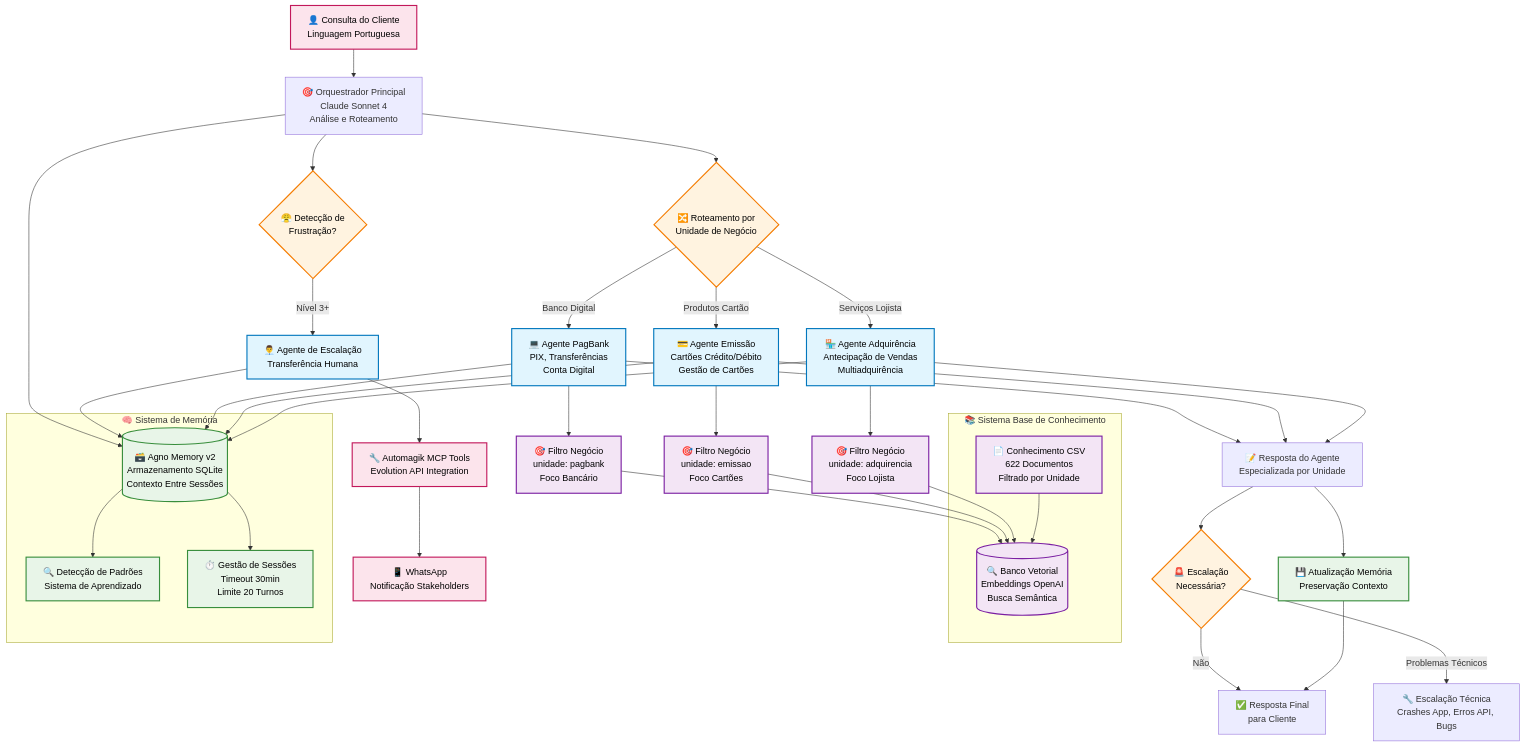
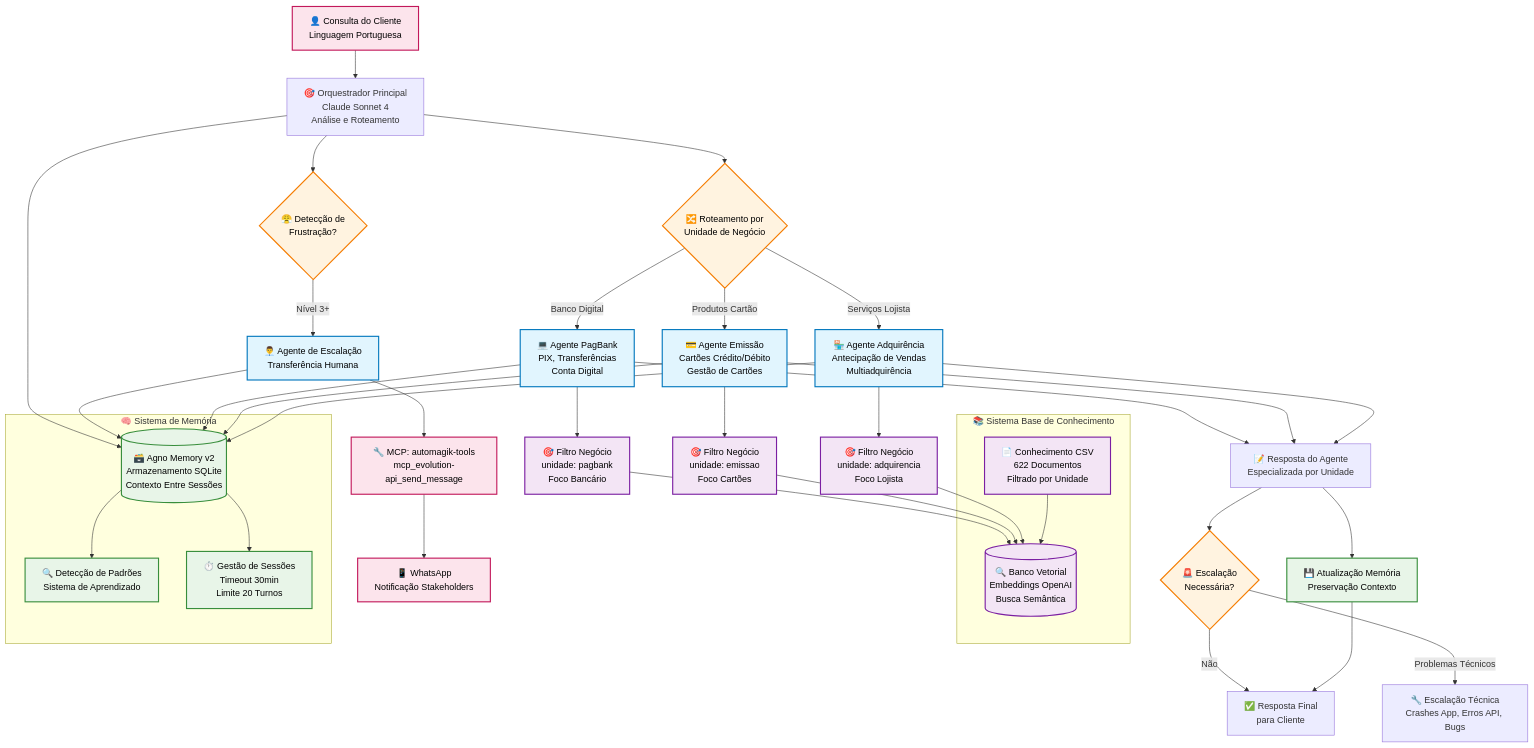
Before and after one commit to namastexlabs/automagik-hive: the diagram in README.md, drawn with Mermaid.

Commit message:
readme update

````diff
--- a/README.md
+++ b/README.md
@@ -9,82 +9,82 @@
 ```mermaid
 graph TB
     %% Ponto de Entrada do Cliente
     Customer[👤 Consulta do Cliente<br/>Linguagem Portuguesa] --> Orchestrator
 
     %% Orquestrador Principal
     Orchestrator[🎯 Orquestrador Principal<br/>Claude Sonnet 4<br/>Análise e Roteamento]
     
     %% Decisão de Roteamento
     Orchestrator --> Routing{🔀 Roteamento por<br/>Unidade de Negócio}
     
     %% Detecção de Escalação Humana
     Orchestrator --> HumanCheck{😤 Detecção de<br/>Frustração?}
     HumanCheck -->|Nível 3+| HumanAgent[👨‍💼 Agente de Escalação<br/>Transferência Humana]
-    HumanAgent --> McpTool[🔧 Automagik MCP Tools<br/>Evolution API Integration]
+    HumanAgent --> McpTool[🔧 MCP: automagik-tools<br/>mcp_evolution-api_send_message]
     McpTool --> WhatsApp[📱 WhatsApp<br/>Notificação Stakeholders]
     
     %% Agentes por Unidade de Negócio
     Routing -->|Serviços Lojista| AdquirenciaAgent[🏪 Agente Adquirência<br/>Antecipação de Vendas<br/>Multiadquirência]
     Routing -->|Produtos Cartão| EmissaoAgent[💳 Agente Emissão<br/>Cartões Crédito/Débito<br/>Gestão de Cartões]
     Routing -->|Banco Digital| PagBankAgent[💻 Agente PagBank<br/>PIX, Transferências<br/>Conta Digital]
     
     %% Sistema Base de Conhecimento
     subgraph Knowledge["📚 Sistema Base de Conhecimento"]
         CSV[📄 Conhecimento CSV<br/>622 Documentos<br/>Filtrado por Unidade]
         Vector[(🔍 Banco Vetorial<br/>Embeddings OpenAI<br/>Busca Semântica)]
         CSV --> Vector
     end
     
     %% Filtragem por Unidade
     AdquirenciaAgent --> Filter1[🎯 Filtro Negócio<br/>unidade: adquirencia<br/>Foco Lojista]
     EmissaoAgent --> Filter2[🎯 Filtro Negócio<br/>unidade: emissao<br/>Foco Cartões]
     PagBankAgent --> Filter3[🎯 Filtro Negócio<br/>unidade: pagbank<br/>Foco Bancário]
     
     %% Consultas de Conhecimento
     Filter1 --> Vector
     Filter2 --> Vector
     Filter3 --> Vector
     
     %% Sistema de Memória
     subgraph Memory["🧠 Sistema de Memória"]
         AgnoMemory[(🗃️ Agno Memory v2<br/>Armazenamento SQLite<br/>Contexto Entre Sessões)]
         PatternDetect[🔍 Detecção de Padrões<br/>Sistema de Aprendizado]
         SessionMgmt[⏱️ Gestão de Sessões<br/>Timeout 30min<br/>Limite 20 Turnos]
     end
     
     %% Integração de Memória
     AdquirenciaAgent --> AgnoMemory
     EmissaoAgent --> AgnoMemory
     PagBankAgent --> AgnoMemory
     HumanAgent --> AgnoMemory
     Orchestrator --> AgnoMemory
     
     AgnoMemory --> PatternDetect
     AgnoMemory --> SessionMgmt
     
     %% Fluxo de Resposta
     AdquirenciaAgent --> Response[📝 Resposta do Agente<br/>Especializada por Unidade]
     EmissaoAgent --> Response
     PagBankAgent --> Response
     
     Response --> MemoryUpdate[💾 Atualização Memória<br/>Preservação Contexto]
     MemoryUpdate --> FinalResponse[✅ Resposta Final<br/>para Cliente]
     
     %% Sistema de Escalação
     Response --> EscalationCheck{🚨 Escalação<br/>Necessária?}
     EscalationCheck -->|Problemas Técnicos| TechnicalEsc[🔧 Escalação Técnica<br/>Crashes App, Erros API, Bugs]
     EscalationCheck -->|Não| FinalResponse
     
     %% Styling
     classDef agent fill:#e1f5fe,stroke:#0277bd,stroke-width:2px,color:#000000
     classDef knowledge fill:#f3e5f5,stroke:#7b1fa2,stroke-width:2px,color:#000000
     classDef memory fill:#e8f5e8,stroke:#388e3c,stroke-width:2px,color:#000000
     classDef decision fill:#fff3e0,stroke:#f57c00,stroke-width:2px,color:#000000
     classDef external fill:#fce4ec,stroke:#c2185b,stroke-width:2px,color:#000000
     
     class AdquirenciaAgent,EmissaoAgent,PagBankAgent,HumanAgent agent
     class CSV,Vector,Filter1,Filter2,Filter3 knowledge
     class AgnoMemory,PatternDetect,SessionMgmt,MemoryUpdate memory
     class Routing,HumanCheck,EscalationCheck decision
     class WhatsApp,Customer,McpTool external
 ```
````
